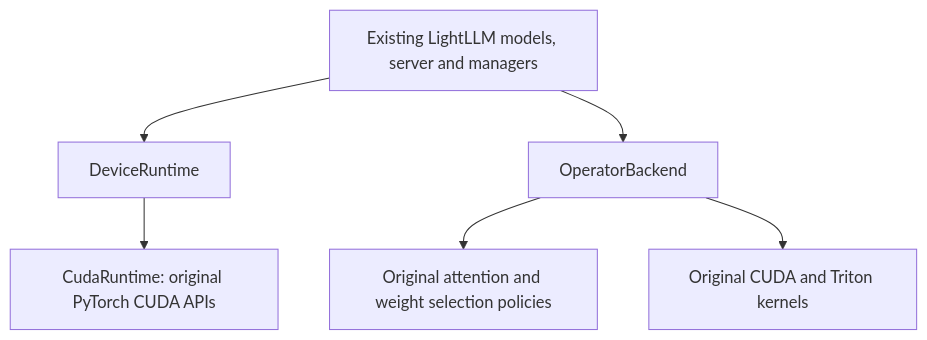
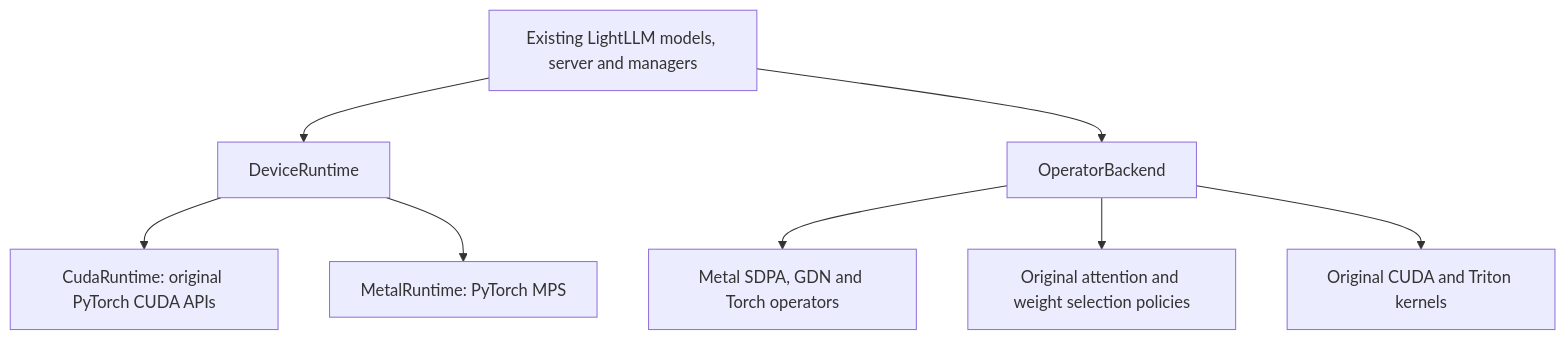
The diagram in docs/backend_architecture.md (sufubao/LightLLM), drawn with Mermaid before and after one commit. The commit also changed other lines of this file and 63 other files, not shown here.

````diff
--- a/docs/backend_architecture.md
+++ b/docs/backend_architecture.md
@@ -7,9 +7,11 @@
 ```mermaid
 flowchart TD
     Core[Existing LightLLM models, server and managers]
     Core --> Runtime[DeviceRuntime]
     Core --> Ops[OperatorBackend]
     Runtime --> CUDA[CudaRuntime: original PyTorch CUDA APIs]
+    Runtime --> Metal[MetalRuntime: PyTorch MPS]
+    Ops --> MetalOps[Metal SDPA, GDN and Torch operators]
     Ops --> Selectors[Original attention and weight selection policies]
     Ops --> Kernels[Original CUDA and Triton kernels]
 ```
````
